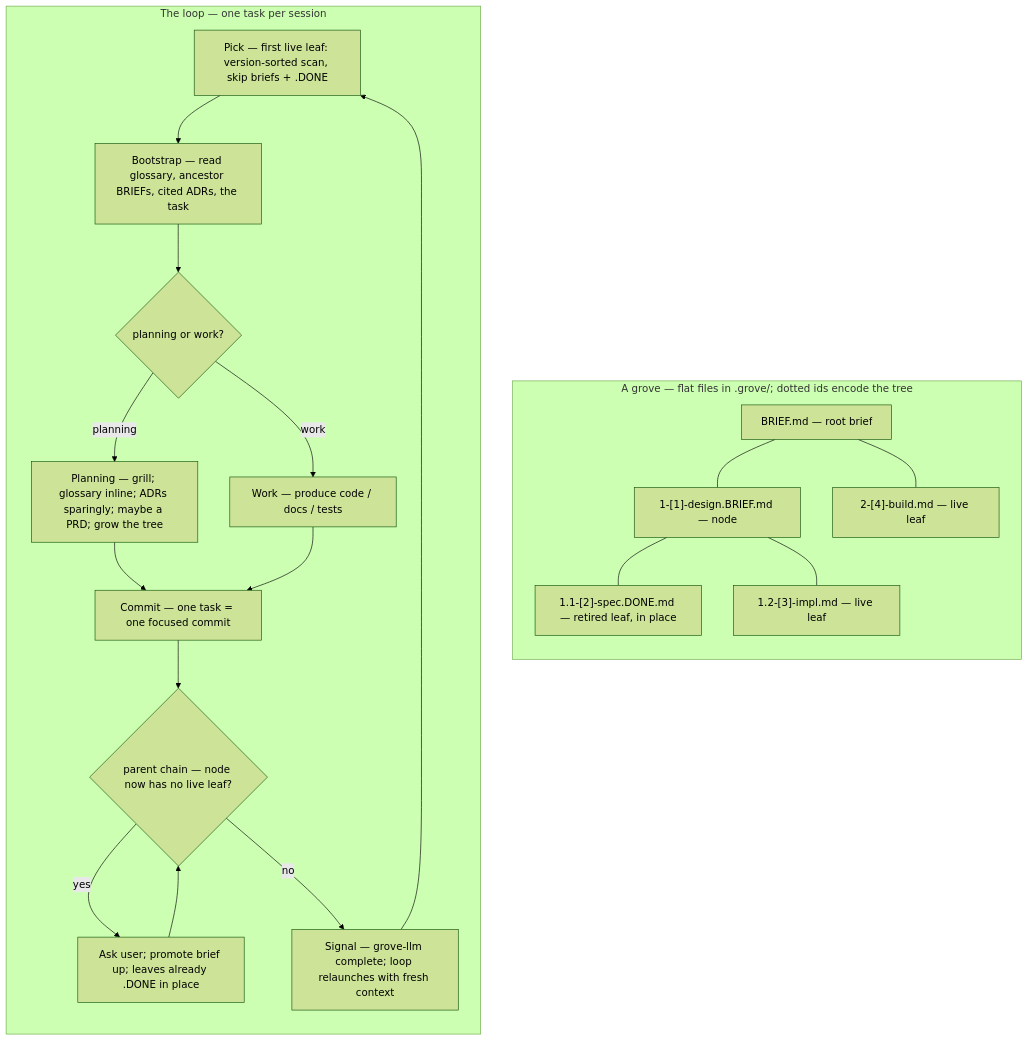
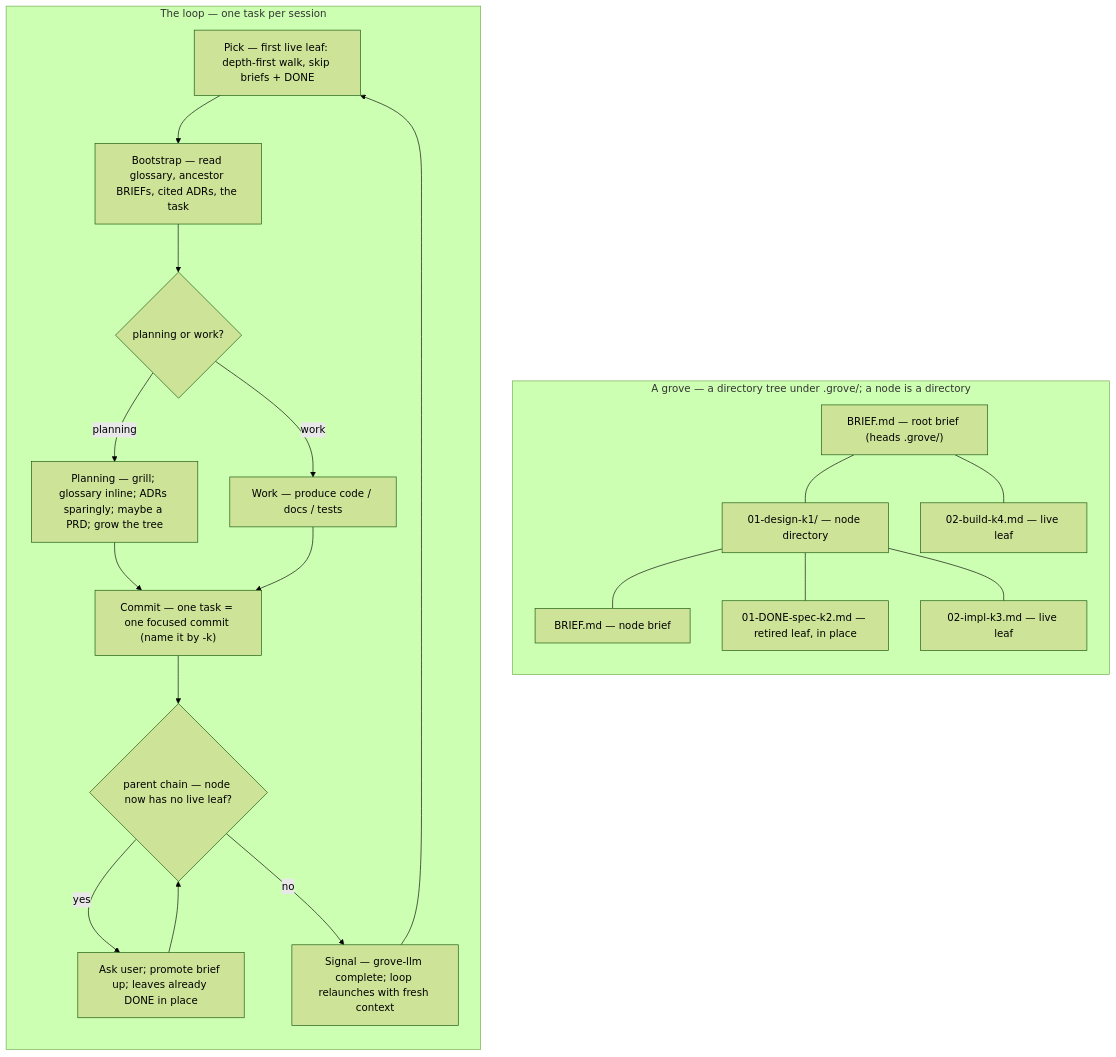
Before and after one commit to Linkuistics/grove: the diagram in content/SKILL.md, drawn with Mermaid (forest theme). The commit also changed other lines of this file and 5 other files, not shown here.

First line of the commit message:
grove(refactor-to-archon): prose-and-commit-convention-[28] — v2-directory scheme prose + commit-naming convention

````diff
--- a/content/SKILL.md
+++ b/content/SKILL.md
@@ -13,33 +13,35 @@
 ```mermaid
 flowchart TD
-  subgraph tree["A grove — flat files in .grove/; dotted ids encode the tree"]
+  subgraph tree["A grove — a directory tree under .grove/; a node is a directory"]
     direction TB
-    root["BRIEF.md — root brief"]
-    n1["1-[1]-design.BRIEF.md — node"]
-    l1["1.1-[2]-spec.DONE.md — retired leaf, in place"]
-    l2["1.2-[3]-impl.md — live leaf"]
-    n2["2-[4]-build.md — live leaf"]
+    root["BRIEF.md — root brief (heads .grove/)"]
+    n1["01-design-k1/ — node directory"]
+    nb1["BRIEF.md — node brief"]
+    l1["01-DONE-spec-k2.md — retired leaf, in place"]
+    l2["02-impl-k3.md — live leaf"]
+    n2["02-build-k4.md — live leaf"]
     root --- n1
     root --- n2
+    n1 --- nb1
     n1 --- l1
     n1 --- l2
   end
   subgraph loop["The loop — one task per session"]
     direction TB
-    pick["Pick — first live leaf: version-sorted scan, skip briefs + .DONE"]
+    pick["Pick — first live leaf: depth-first walk, skip briefs + DONE"]
     boot["Bootstrap — read glossary, ancestor BRIEFs, cited ADRs, the task"]
     exec{"planning or work?"}
     plan["Planning — grill; glossary inline; ADRs sparingly; maybe a PRD; grow the tree"]
     work["Work — produce code / docs / tests"]
-    commit["Commit — one task = one focused commit"]
+    commit["Commit — one task = one focused commit (name it by <slug>-k<key>)"]
     retire{"parent chain — node now has no live leaf?"}
-    ret["Ask user; promote brief up; leaves already .DONE in place"]
+    ret["Ask user; promote brief up; leaves already DONE in place"]
     signal["Signal — grove-llm complete; loop relaunches with fresh context"]
     pick --> boot --> exec
     exec -->|planning| plan --> commit
     exec -->|work| work --> commit
     commit --> retire
     retire -->|yes| ret --> retire
     retire -->|no| signal --> pick
   end
 ```
````
